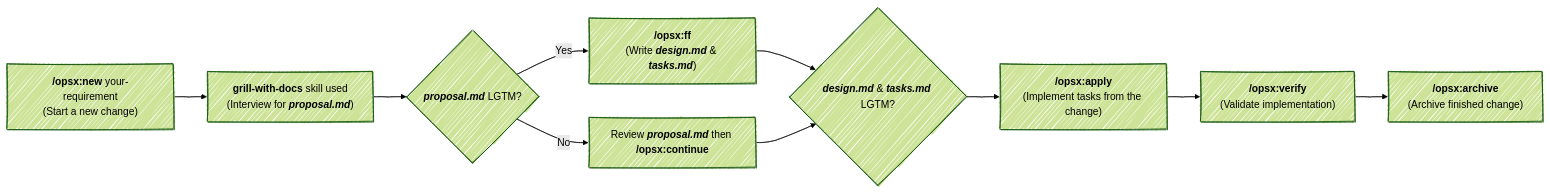
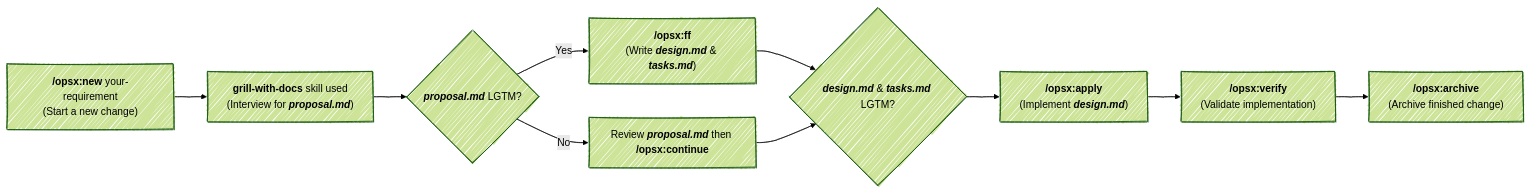
One commit to jimzhan/speckit changed the diagram in README.md. Above: the diagram before and after it, drawn with Mermaid. The commit also changed other lines of this file and 2 other files, not shown here.

````diff
--- a/README.md
+++ b/README.md
@@ -27,27 +36,27 @@
 ```mermaid
 ---
 config:
   look: handDrawn
   theme: forest
 ---
 flowchart LR
     New["<b>/opsx:new</b> your-requirement<br/>(Start a new change)"]
     Grill["<b>grill-with-docs</b> skill used<br/>(Interview for <b><i>proposal.md</i></b>)"]
     Propose{"<b><i>proposal.md</i></b> LGTM?"}
     Review{"<b><i>design.md</i></b> & <b><i>tasks.md</i></b> LGTM?"}
     FF["<b>/opsx:ff</b><br/>(Write <b><i>design.md</i></b> & <b><i>tasks.md</i></b>)"]
     Continue["Review <b><i>proposal.md</i></b> then <b>/opsx:continue</b>"]
-    Apply["<b>/opsx:apply</b><br/>(Implement tasks from the change)"]
+    Apply["<b>/opsx:apply</b><br/>(Implement <b><i>design.md</i></b>)"]
     Verify["<b>/opsx:verify</b><br/>(Validate implementation)"]
     Archive["<b>/opsx:archive</b><br/>(Archive finished change)"]
 
     New --> Grill
     Grill --> Propose
     Propose --> |Yes| FF
     Propose --> |No| Continue
     FF --> Review
     Continue --> Review
     Review --> Apply
     Apply --> Verify
     Verify --> Archive
 ```
````
